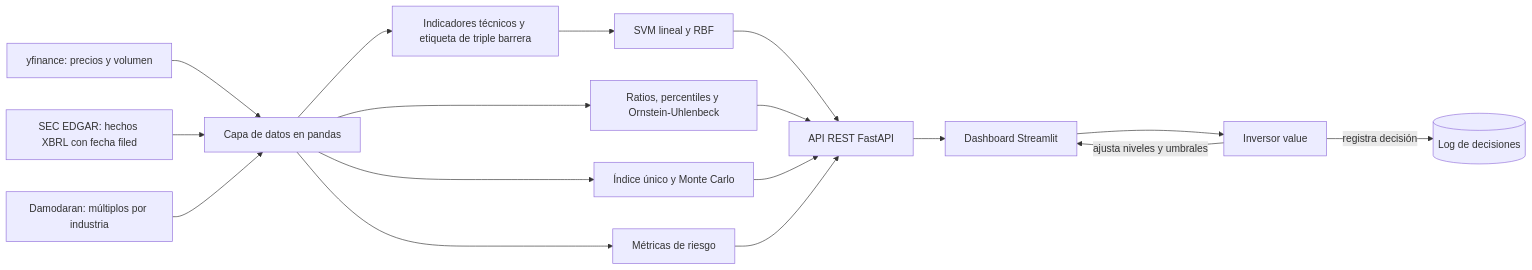
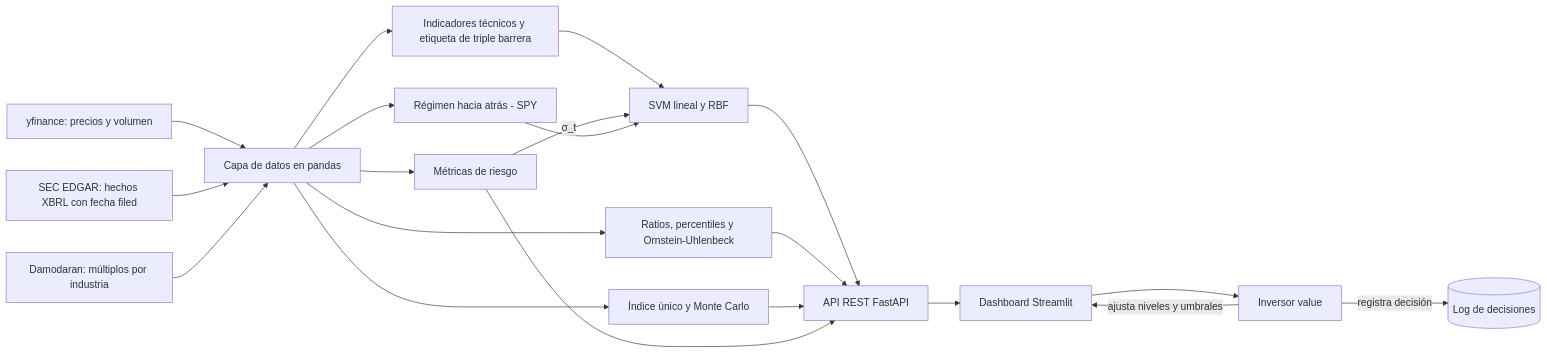
The diagram in docs/entrega_1/02_ideacion.md (louis97/asistente-financiero), drawn with Mermaid before and after one commit. The commit also changed other lines of this file and 8 other files, not shown here.

````diff
--- a/docs/entrega_1/02_ideacion.md
+++ b/docs/entrega_1/02_ideacion.md
@@ -86,19 +86,22 @@
 ```mermaid
 flowchart LR
     A1[yfinance: precios y volumen] --> D[Capa de datos en pandas]
     A2[SEC EDGAR: hechos XBRL con fecha filed] --> D
     A3[Damodaran: múltiplos por industria] --> D
     D --> M1[Indicadores técnicos y etiqueta de triple barrera]
     D --> M2[Ratios, percentiles y Ornstein-Uhlenbeck]
     D --> M3[Índice único y Monte Carlo]
     D --> M4[Métricas de riesgo]
+    D --> R[Régimen hacia atrás - SPY]
     M1 --> S[SVM lineal y RBF]
+    M4 -->|σ_t| S
+    R --> S
     S --> API[API REST FastAPI]
     M2 --> API
     M3 --> API
     M4 --> API
     API --> UI[Dashboard Streamlit]
     UI --> U[Inversor value]
     U -->|ajusta niveles y umbrales| UI
     U -->|registra decisión| L[(Log de decisiones)]
 ```
````
